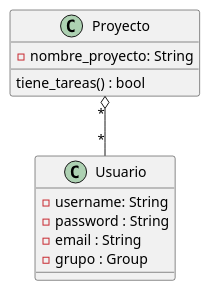
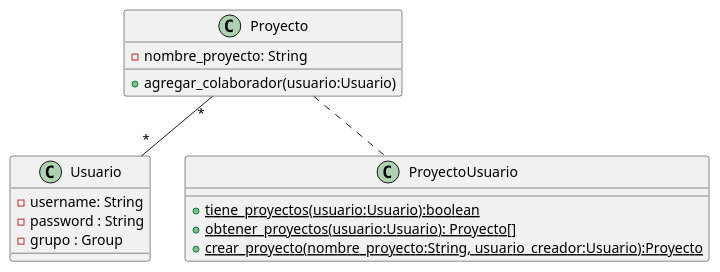
Before and after one commit to Mikkel-14/ProyectoVyV: the diagram in proyectos/proyectos.puml, drawn with PlantUML. The commit also changed 12 other files, not shown here.

```diff
--- a/proyectos/proyectos.puml
+++ b/proyectos/proyectos.puml
@@ -1,17 +1,23 @@
 @startuml
 'https://plantuml.com/class-diagram
 
 class Proyecto{
     - nombre_proyecto: String
-    tiene_tareas() : bool
+    + agregar_colaborador(usuario:Usuario)
 }
 
 class Usuario{
     - username: String
     - password : String
-    - email : String
     - grupo : Group
 }
 
-Proyecto "*" o-- "*" Usuario
+class ProyectoUsuario{
+    + {static} tiene_proyectos(usuario:Usuario):boolean
+    + {static} obtener_proyectos(usuario:Usuario): Proyecto[]
+    + {static} crear_proyecto(nombre_proyecto:String, usuario_creador:Usuario):Proyecto
+}
+
+Proyecto "*" -- "*" Usuario
+Proyecto .. ProyectoUsuario
 @enduml
```
